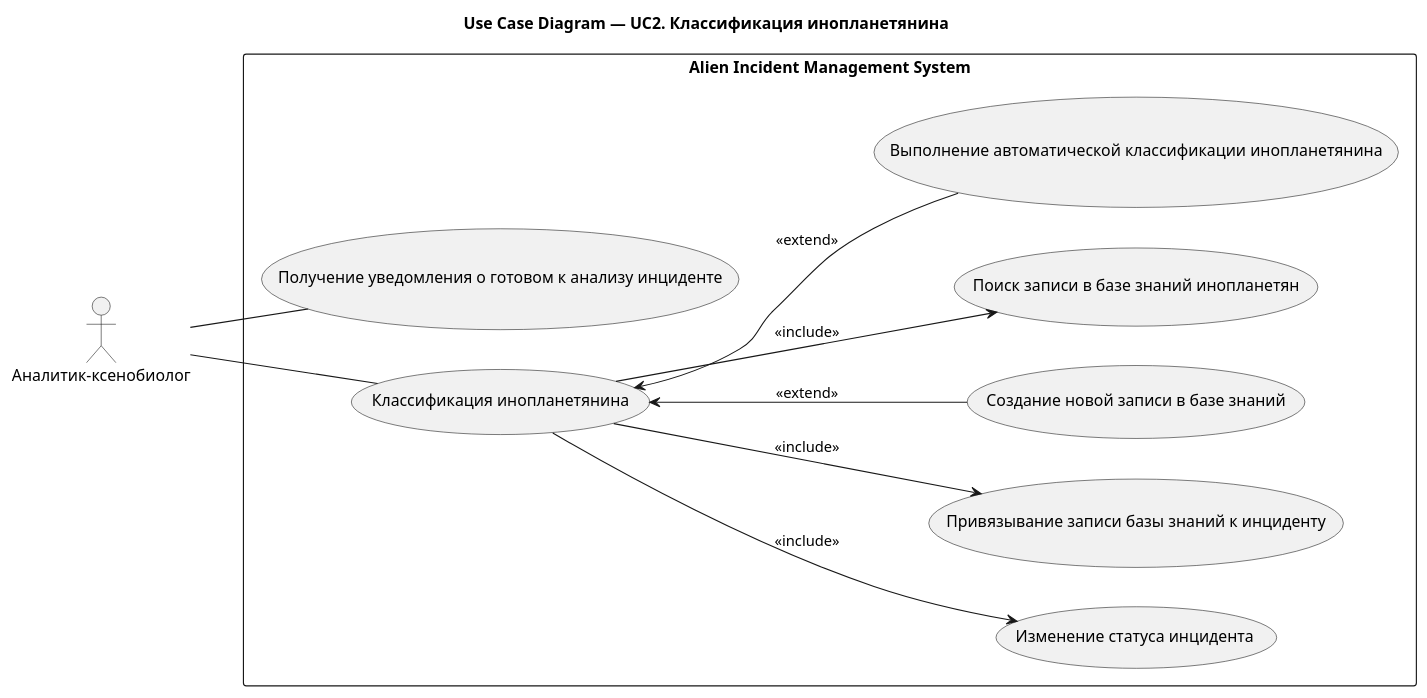
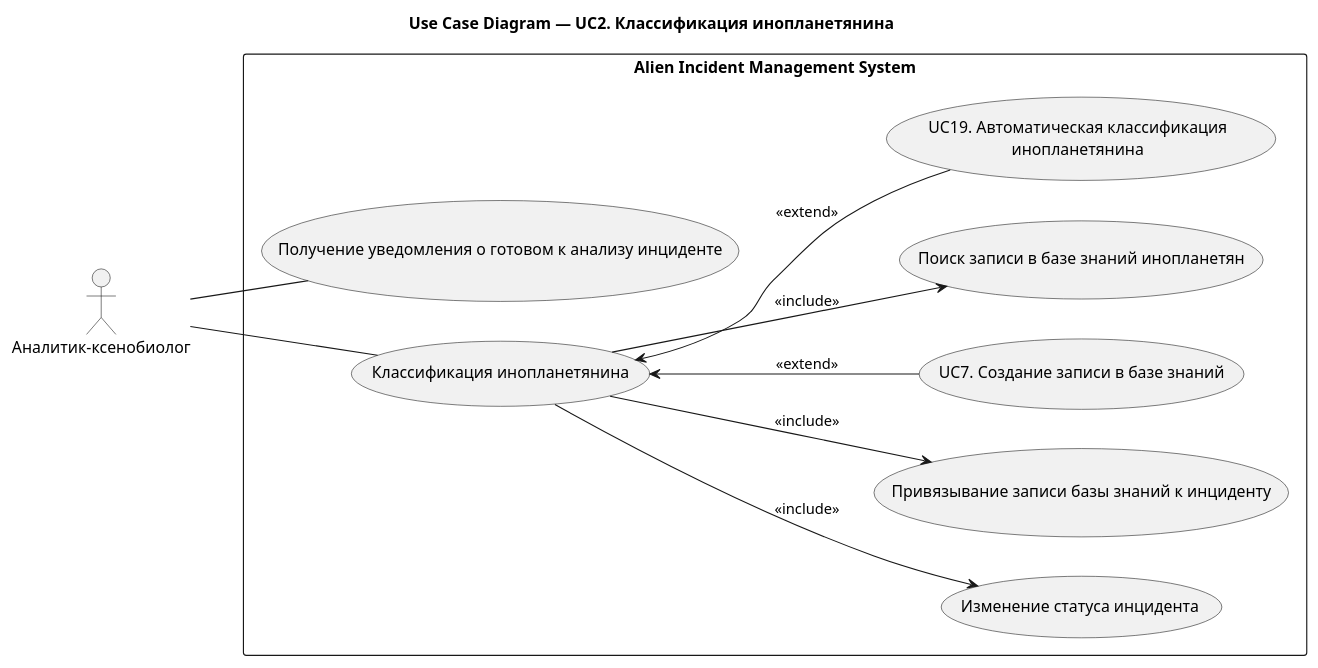
Before and after one commit to Andryss/AIMS: the first of 4 diagrams in docs/use-case/UC2.md, drawn with PlantUML. The commit also changed other lines of this file and 22 other files, not shown here.

````diff
--- a/docs/use-case/UC2.md
+++ b/docs/use-case/UC2.md
@@ -5,33 +69,33 @@
 ```plantuml
 @startuml
 title Use Case Diagram — UC2. Классификация инопланетянина
 left to right direction
 
 actor "Аналитик-ксенобиолог" as Analyst
 
 rectangle "Alien Incident Management System" {
 
 (Получение уведомления о готовом к анализу инциденте) as UC01
 
 (Классификация инопланетянина) as UC11
 
 (Изменение статуса инцидента) as UC115
 (Привязывание записи базы знаний к инциденту) as UC114
-(Создание новой записи в базе знаний) as UC113
+(UC7. Создание записи в базе знаний) as UC113
 (Поиск записи в базе знаний инопланетян) as UC112
-(Выполнение автоматической классификации инопланетянина) as UC111
+(UC19. Автоматическая классификация\nинопланетянина) as UC111
 
 }
 
 Analyst -- UC01
 
 Analyst -- UC11
 
 UC11 <-- UC111 : <<extend>>
 UC11 --> UC112 : <<include>>
 UC11 <-- UC113 : <<extend>>
 UC11 --> UC114 : <<include>>
 UC11 --> UC115 : <<include>>
 
 @enduml
 ```
````
